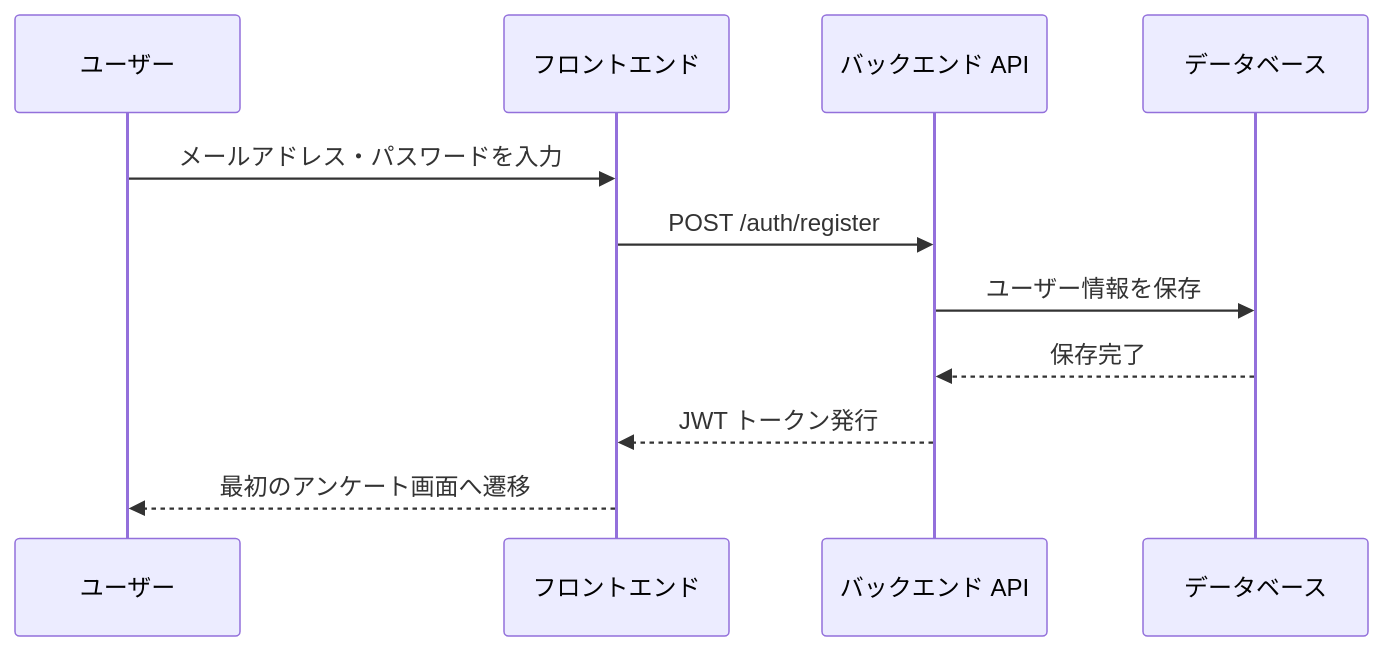
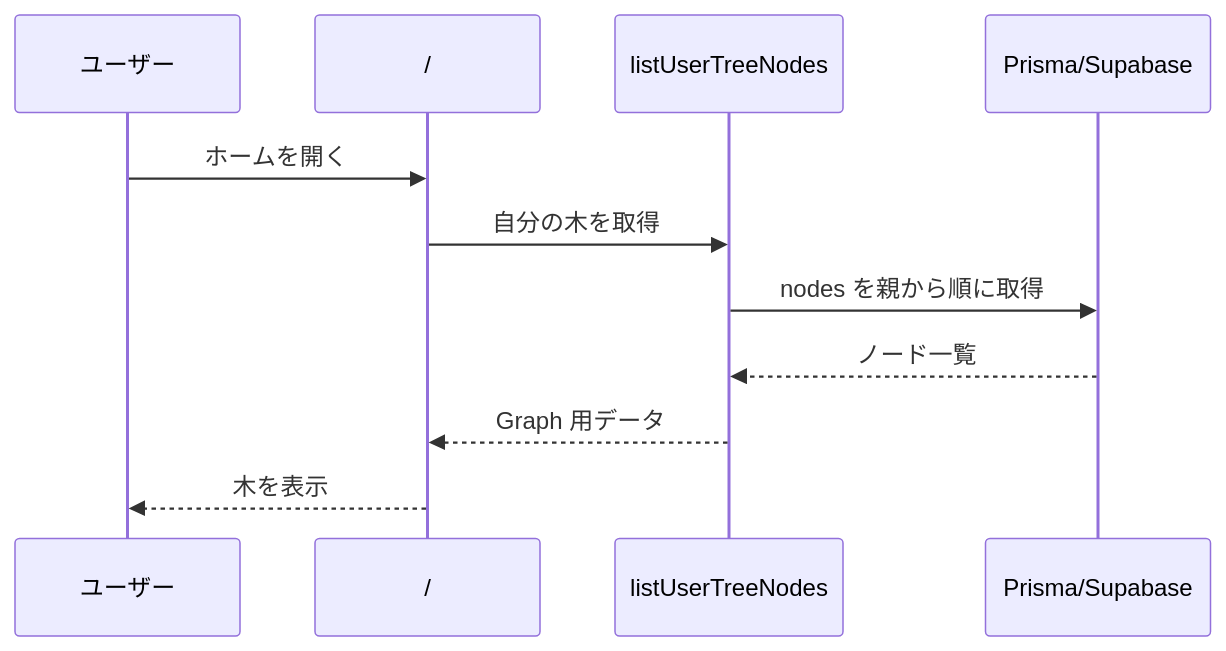
Before and after one commit to Asheze1127/hackathon-2026-in-apu: the third of 9 diagrams in docs/details/process-flow.md, drawn with Mermaid. The commit also changed other lines of this file and 8 other files, not shown here.

````diff
--- a/docs/details/process-flow.md
+++ b/docs/details/process-flow.md
@@ -30,14 +71,14 @@
 ```mermaid
 sequenceDiagram
     participant User as ユーザー
-    participant FE as フロントエンド
-    participant API as バックエンド API
-    participant DB as データベース
+    participant Page as /
+    participant Helper as listUserTreeNodes
+    participant DB as Prisma/Supabase
 
-    User->>FE: メールアドレス・パスワードを入力
-    FE->>API: POST /auth/register
-    API->>DB: ユーザー情報を保存
-    DB-->>API: 保存完了
-    API-->>FE: JWT トークン発行
-    FE-->>User: 最初のアンケート画面へ遷移
+    User->>Page: ホームを開く
+    Page->>Helper: 自分の木を取得
+    Helper->>DB: nodes を親から順に取得
+    DB-->>Helper: ノード一覧
+    Helper-->>Page: Graph 用データ
+    Page-->>User: 木を表示
 ```
````
